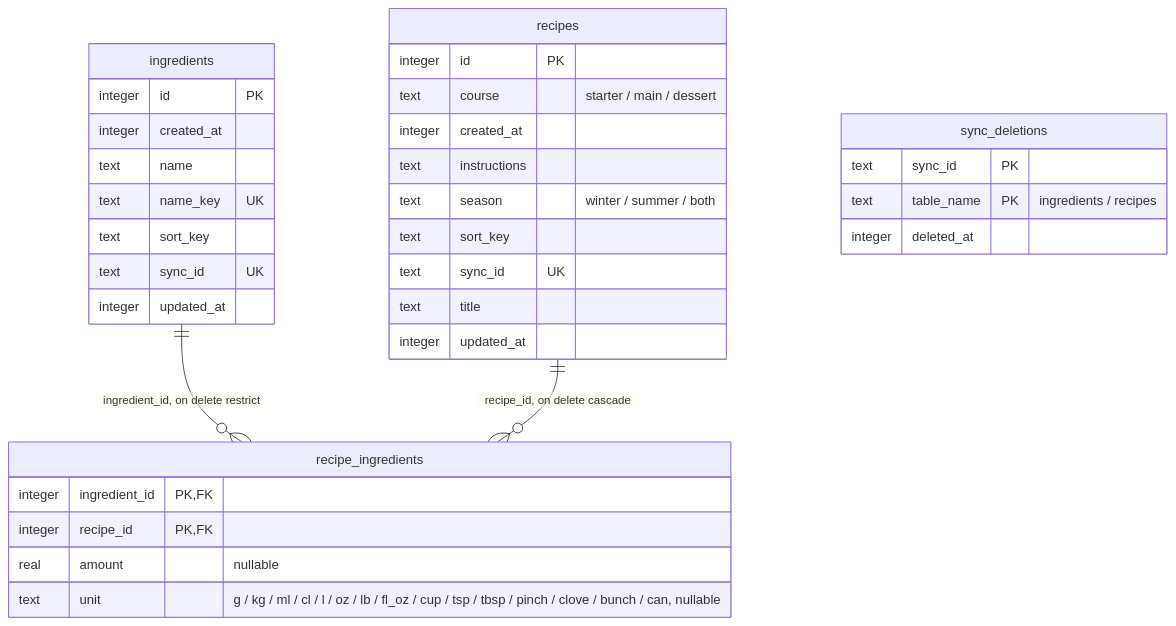
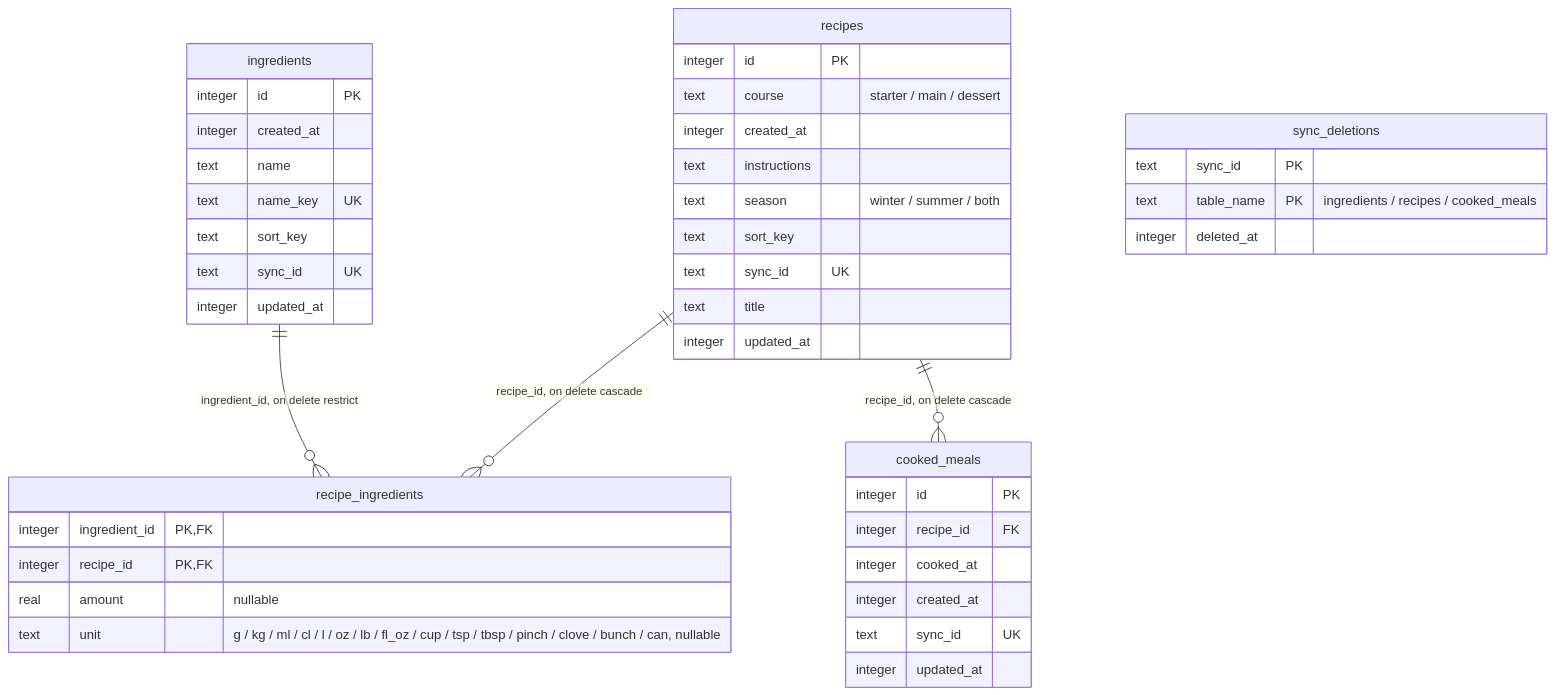
One commit to someoneinthe/dishes-cook changed the diagram in docs/database.md. Above: the diagram before and after it, drawn with Mermaid. The commit also changed other lines of this file and 41 other files, not shown here.

First line of the commit message:
feat: the meal choice skips the recipes cooked recently (#86)

````diff
--- a/docs/database.md
+++ b/docs/database.md
@@ -10,36 +10,45 @@
 ```mermaid
 erDiagram
+  cooked_meals {
+    integer id PK
+    integer recipe_id FK
+    integer cooked_at
+    integer created_at
+    text sync_id UK
+    integer updated_at
+  }
   ingredients {
     integer id PK
     integer created_at
     text name
     text name_key UK
     text sort_key
     text sync_id UK
     integer updated_at
   }
   recipe_ingredients {
     integer ingredient_id PK, FK
     integer recipe_id PK, FK
     real amount "nullable"
     text unit "g / kg / ml / cl / l / oz / lb / fl_oz / cup / tsp / tbsp / pinch / clove / bunch / can, nullable"
   }
   recipes {
     integer id PK
     text course "starter / main / dessert"
     integer created_at
     text instructions
     text season "winter / summer / both"
     text sort_key
     text sync_id UK
     text title
     integer updated_at
   }
   sync_deletions {
     text sync_id PK
-    text table_name PK "ingredients / recipes"
+    text table_name PK "ingredients / recipes / cooked_meals"
     integer deleted_at
   }
+  recipes ||--o{ cooked_meals : "recipe_id, on delete cascade"
   ingredients ||--o{ recipe_ingredients : "ingredient_id, on delete restrict"
   recipes ||--o{ recipe_ingredients : "recipe_id, on delete cascade"
 ```
````
